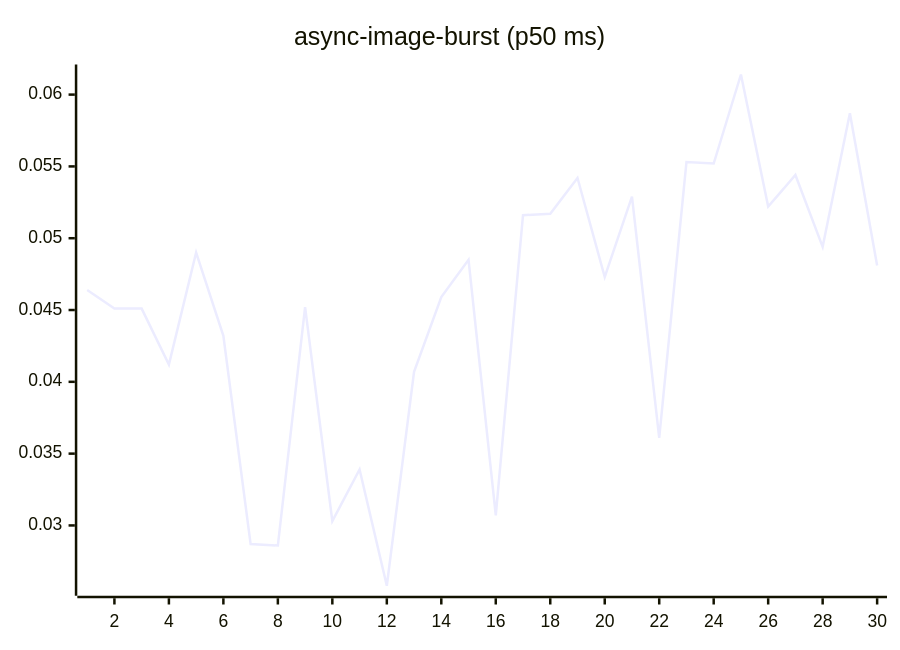
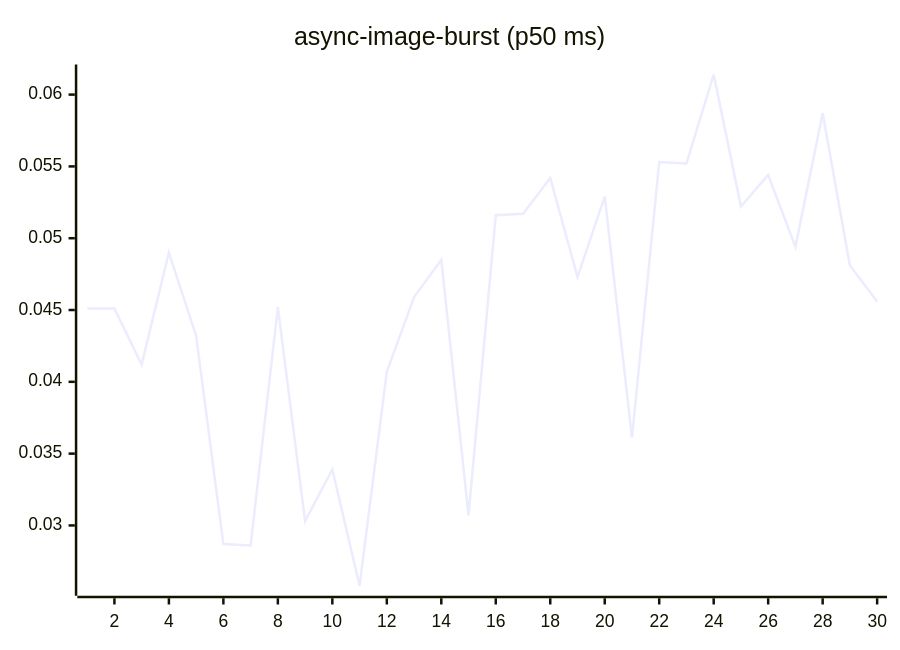
Before and after one commit to josha/Facet: the fourth of 27 diagrams in README.md, drawn with Mermaid. The commit also changed other lines of this file and 2 other files, not shown here.

````diff
--- a/README.md
+++ b/README.md
@@ -84,6 +84,6 @@
 ```mermaid
 xychart-beta
     title "async-image-burst (p50 ms)"
     x-axis 1 --> 30
-    line [0.0464, 0.0451, 0.0451, 0.0412, 0.0490, 0.0432, 0.0287, 0.0286, 0.0452, 0.0303, 0.0339, 0.0258, 0.0407, 0.0459, 0.0485, 0.0307, 0.0516, 0.0517, 0.0542, 0.0473, 0.0529, 0.0361, 0.0553, 0.0552, 0.0614, 0.0522, 0.0544, 0.0494, 0.0587, 0.0481]
+    line [0.0451, 0.0451, 0.0412, 0.0490, 0.0432, 0.0287, 0.0286, 0.0452, 0.0303, 0.0339, 0.0258, 0.0407, 0.0459, 0.0485, 0.0307, 0.0516, 0.0517, 0.0542, 0.0473, 0.0529, 0.0361, 0.0553, 0.0552, 0.0614, 0.0522, 0.0544, 0.0494, 0.0587, 0.0481, 0.0456]
 ```
````
